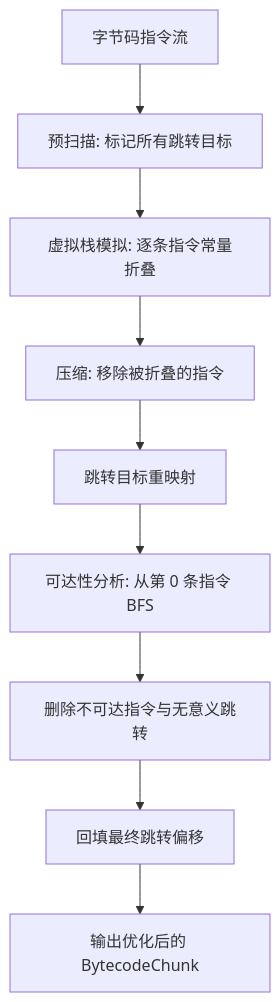
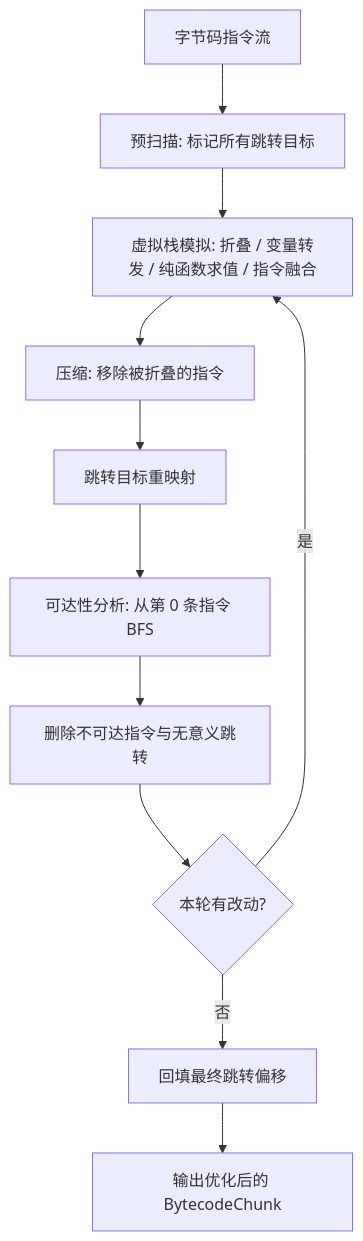
Before and after one commit to loitietu/LOICollectionA: the sixth of 12 diagrams in docs/course/lcui.md, drawn with Mermaid. The commit also changed other lines of this file and 12 other files, not shown here.

````diff
--- a/docs/course/lcui.md
+++ b/docs/course/lcui.md
@@ -1717,11 +1744,13 @@
 ```mermaid
 graph TD
     Start[字节码指令流] --> Pre[预扫描: 标记所有跳转目标]
-    Pre --> Sim[虚拟栈模拟: 逐条指令常量折叠]
+    Pre --> Sim[虚拟栈模拟: 折叠 / 变量转发 / 纯函数求值 / 指令融合]
     Sim --> Compact[压缩: 移除被折叠的指令]
     Compact --> Remap[跳转目标重映射]
     Remap --> Reach[可达性分析: 从第 0 条指令 BFS]
     Reach --> Dead[删除不可达指令与无意义跳转]
-    Dead --> Patch[回填最终跳转偏移]
+    Dead --> Changed{本轮有改动?}
+    Changed -->|是| Sim
+    Changed -->|否| Patch[回填最终跳转偏移]
     Patch --> Out[输出优化后的 BytecodeChunk]
 ```
````
